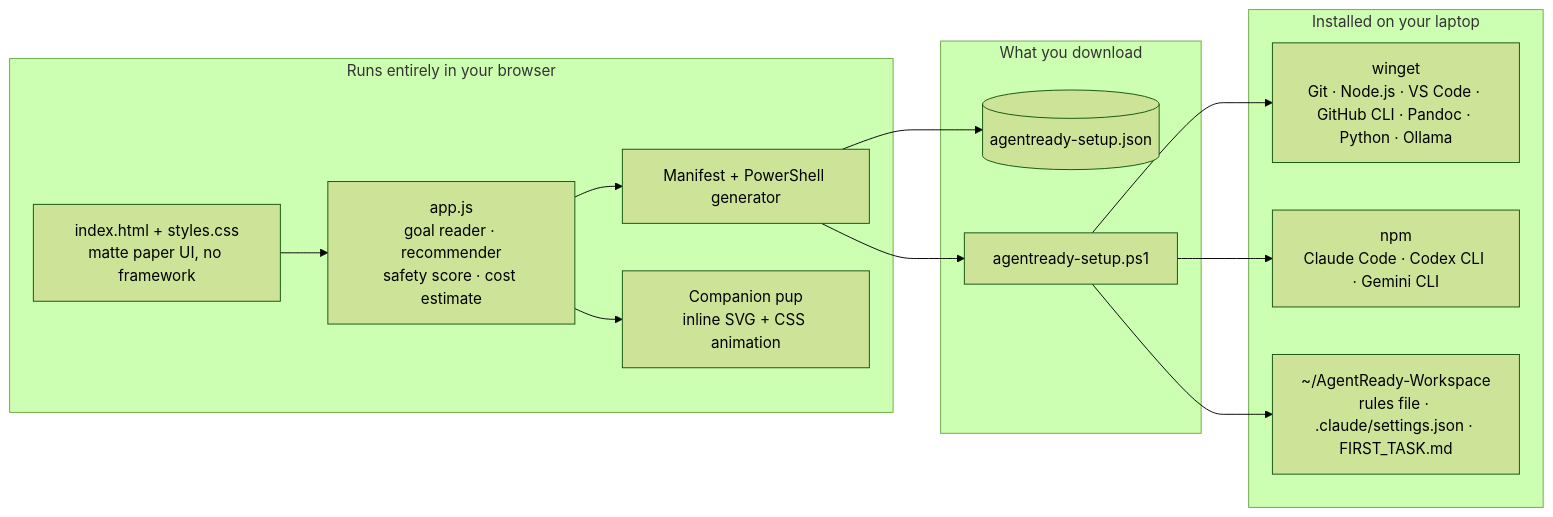
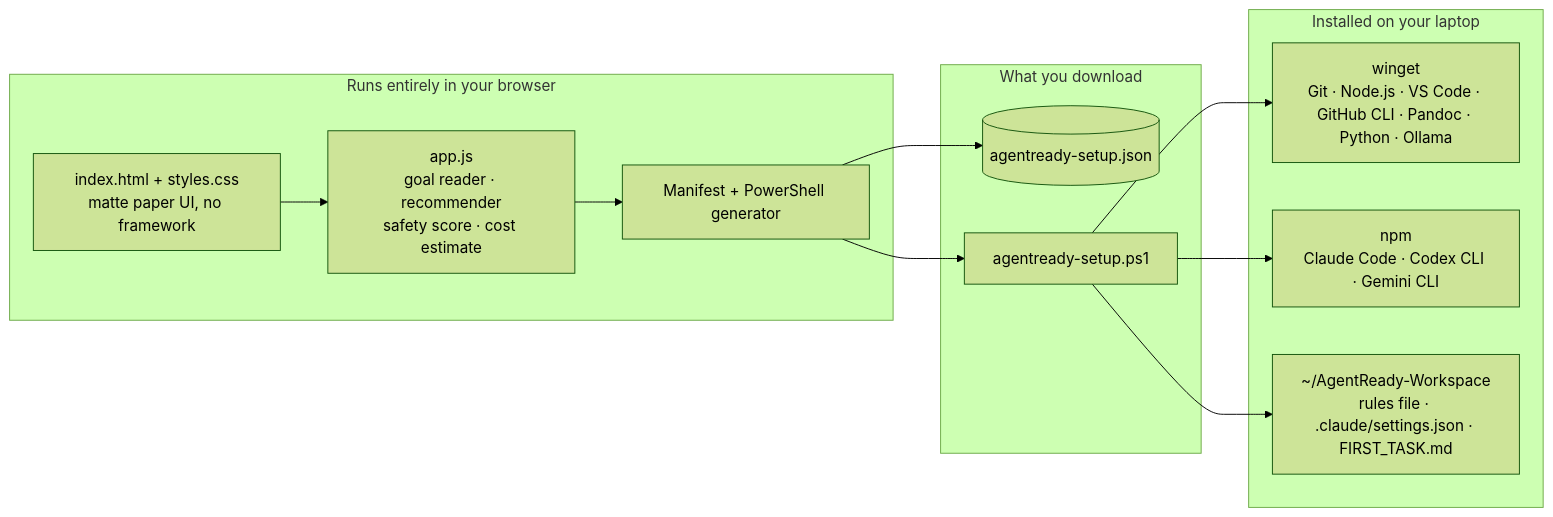
Before and after one commit to Arnav-dll/AgentReady: the fourth of 5 diagrams in README.md, drawn with Mermaid (forest theme). The commit also changed other lines of this file and 3 other files, not shown here.

First line of the commit message:
Remove the companion pup

````diff
--- a/README.md
+++ b/README.md
@@ -138,28 +137,26 @@
 ```mermaid
 flowchart LR
     subgraph Browser["Runs entirely in your browser"]
         UI["index.html + styles.css<br/>matte paper UI, no framework"]
         LOGIC["app.js<br/>goal reader · recommender<br/>safety score · cost estimate"]
         GEN["Manifest + PowerShell generator"]
-        PUP["Companion pup<br/>inline SVG + CSS animation"]
         UI --> LOGIC --> GEN
-        LOGIC --> PUP
     end
 
     subgraph Output["What you download"]
         JSON[("agentready-setup.json")]
         PS1["agentready-setup.ps1"]
     end
 
     subgraph Laptop["Installed on your laptop"]
         WG["winget<br/>Git · Node.js · VS Code · GitHub CLI · Pandoc · Python · Ollama"]
         NPM["npm<br/>Claude Code · Codex CLI · Gemini CLI"]
         WS["~/AgentReady-Workspace<br/>rules file · .claude/settings.json · FIRST_TASK.md"]
     end
 
     GEN --> JSON
     GEN --> PS1
     PS1 --> WG
     PS1 --> NPM
     PS1 --> WS
 ```
````
